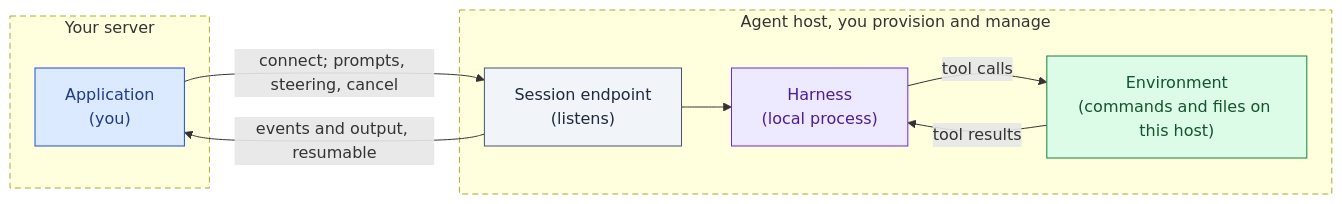
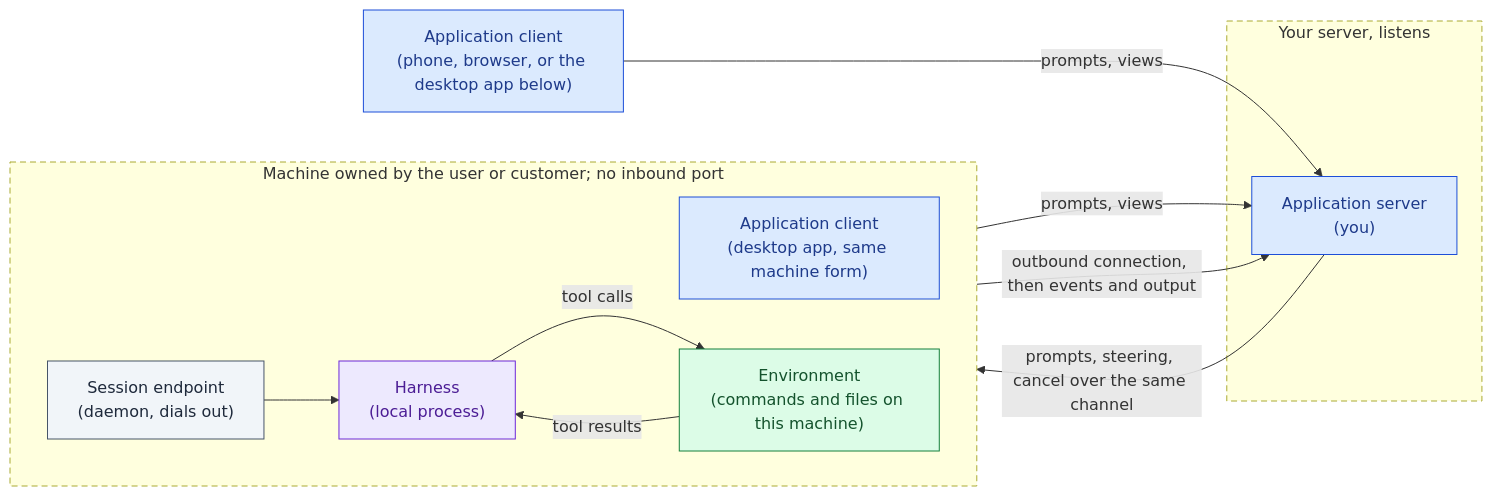
One commit to botiverse/oar changed the second of 12 diagrams in docs/design/patterns.md. Above: the diagram before and after it, drawn with Mermaid. The commit also changed other lines of this file and 1 other file, not shown here.

First line of the commit message:
docs(design): rewrite deployment patterns around the client and server split

````diff
--- a/docs/design/patterns.md
+++ b/docs/design/patterns.md
@@ -196,22 +226,27 @@
 ```mermaid
 flowchart LR
-  subgraph app["Your server"]
-    App["Application<br/>(you)"]:::app
+  Phone["Application client<br/>(phone, browser, or the desktop app below)"]:::app
+  subgraph server["Your server, listens"]
+    App["Application server<br/>(you)"]:::app
   end
-  subgraph agenthost["Agent host, you provision and manage"]
-    Front["Session endpoint<br/>(listens)"]:::front
+  subgraph theirs["Machine owned by the user or customer; no inbound port"]
+    direction LR
+    Desk["Application client<br/>(desktop app, same machine form)"]:::app
+    Front["Session endpoint<br/>(daemon, dials out)"]:::front
     Harness["Harness<br/>(local process)"]:::harness
-    Env["Environment<br/>(commands and files on this host)"]:::env
+    Env["Environment<br/>(commands and files on this machine)"]:::env
   end
-  App -- "connect; prompts, steering, cancel" --> Front
-  Front -- "events and output, resumable" --> App
+  Phone -- "prompts, views" --> App
+  Desk -- "prompts, views" --> App
+  Front -- "outbound connection, then events and output" --> App
+  App -- "prompts, steering, cancel over the same channel" --> Front
   Front --> Harness
   Harness -- "tool calls" --> Env
   Env -- "tool results" --> Harness
-  style app stroke-dasharray: 6 4
-  style agenthost stroke-dasharray: 6 4
+  style server stroke-dasharray: 6 4
+  style theirs stroke-dasharray: 6 4
   classDef app fill:#dbeafe,stroke:#1d4ed8,color:#1e3a8a
   classDef harness fill:#ede9fe,stroke:#6d28d9,color:#4c1d95
   classDef env fill:#dcfce7,stroke:#15803d,color:#14532d
   classDef front fill:#f1f5f9,stroke:#475569,color:#1e293b
 ```
````
